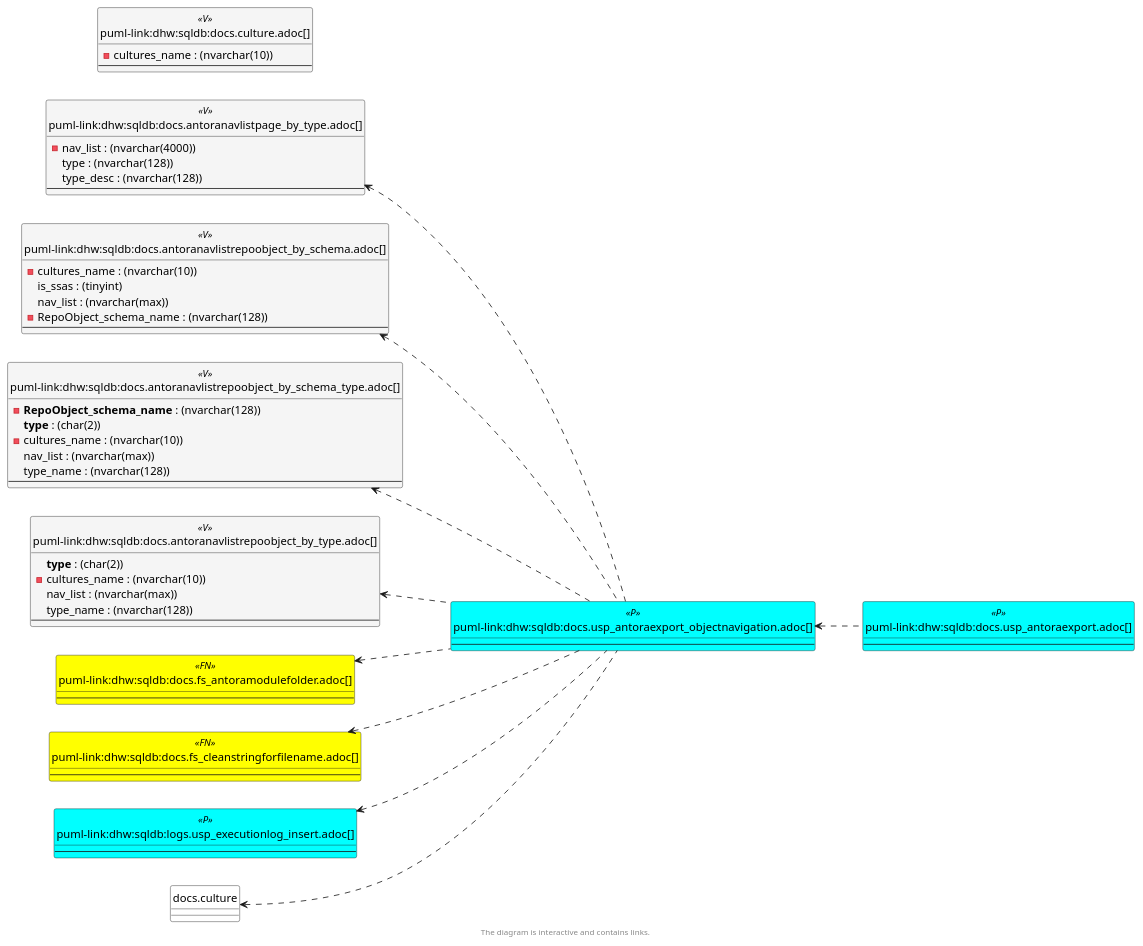
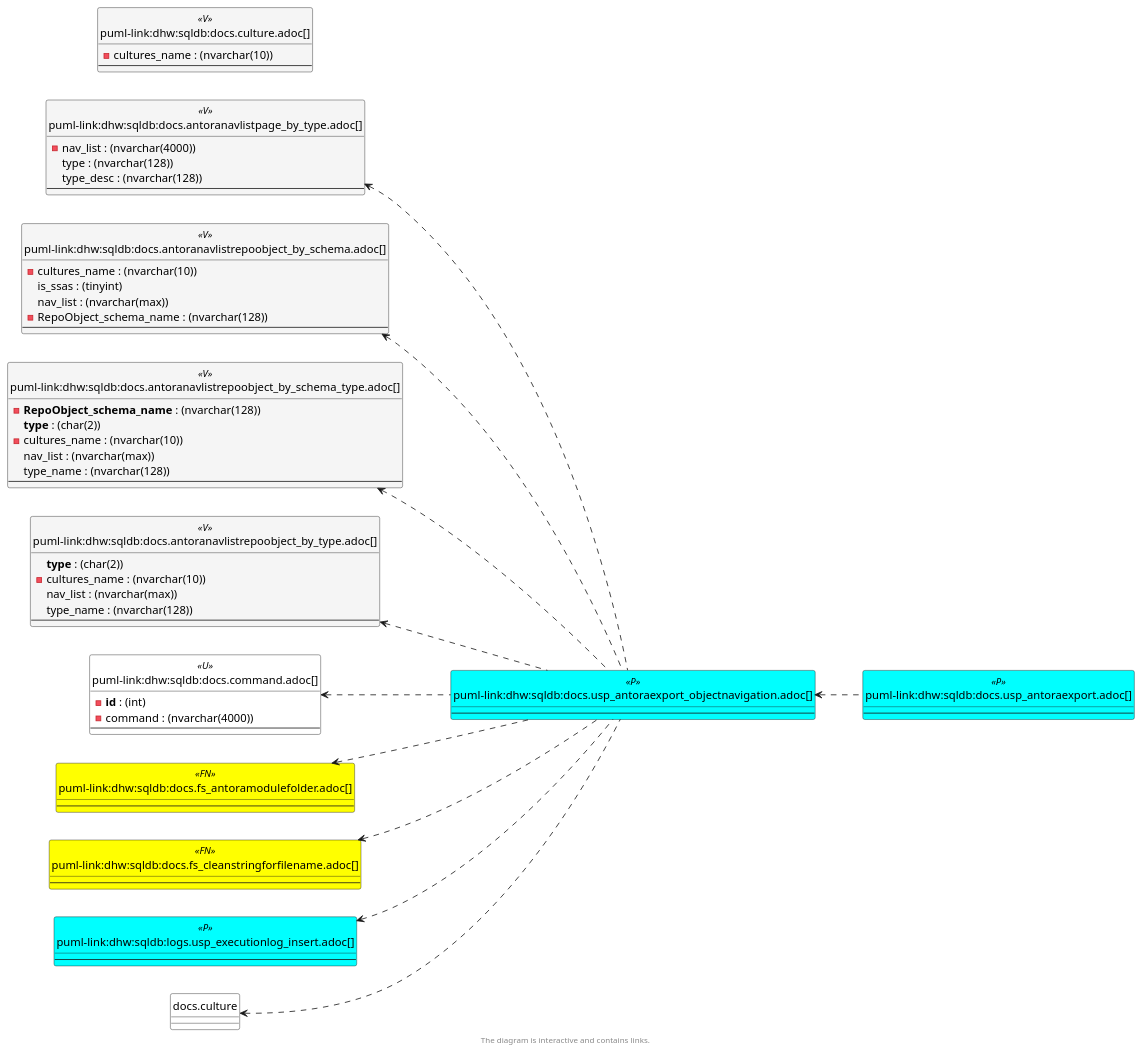
One commit to DataHandwerk/dhw-antora-sqldb changed the sixth of 6 diagrams in docs/modules/sqldb/partials/content/docs.usp_antoraexport_objectnavigation.adoc. Above: the diagram before and after it, drawn with PlantUML. The commit also changed other lines of this file and 701 other files, not shown here.

```diff
--- a/docs/modules/sqldb/partials/content/docs.usp_antoraexport_objectnavigation.adoc
+++ b/docs/modules/sqldb/partials/content/docs.usp_antoraexport_objectnavigation.adoc
@@ -2097,6 +2147,12 @@
   --
 }
 
+entity "puml-link:dhw:sqldb:docs.command.adoc[]" as docs.command << U >> {
+  - **id** : (int)
+  - command : (nvarchar(4000))
+  --
+}
+
 entity "puml-link:dhw:sqldb:docs.culture.adoc[]" as docs.Culture << V >> {
   - cultures_name : (nvarchar(10))
   --
@@ -2126,6 +2182,7 @@
 docs.AntoraNavListRepoObject_by_schema <.. docs.usp_AntoraExport_ObjectNavigation
 docs.AntoraNavListRepoObject_by_schema_type <.. docs.usp_AntoraExport_ObjectNavigation
 docs.AntoraNavListRepoObject_by_type <.. docs.usp_AntoraExport_ObjectNavigation
+docs.command <.. docs.usp_AntoraExport_ObjectNavigation
 docs.culture <.. docs.usp_AntoraExport_ObjectNavigation
 docs.fs_AntoraModuleFolder <.. docs.usp_AntoraExport_ObjectNavigation
 docs.fs_cleanStringForFilename <.. docs.usp_AntoraExport_ObjectNavigation
```
